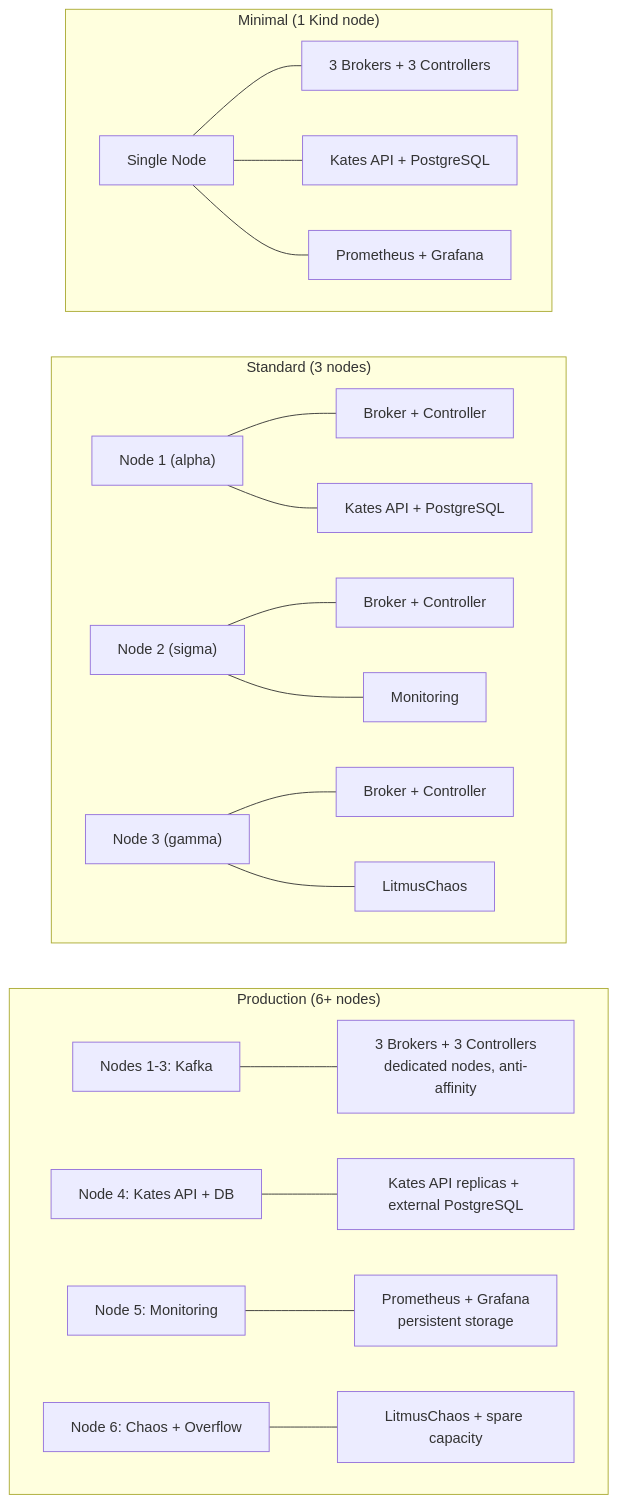
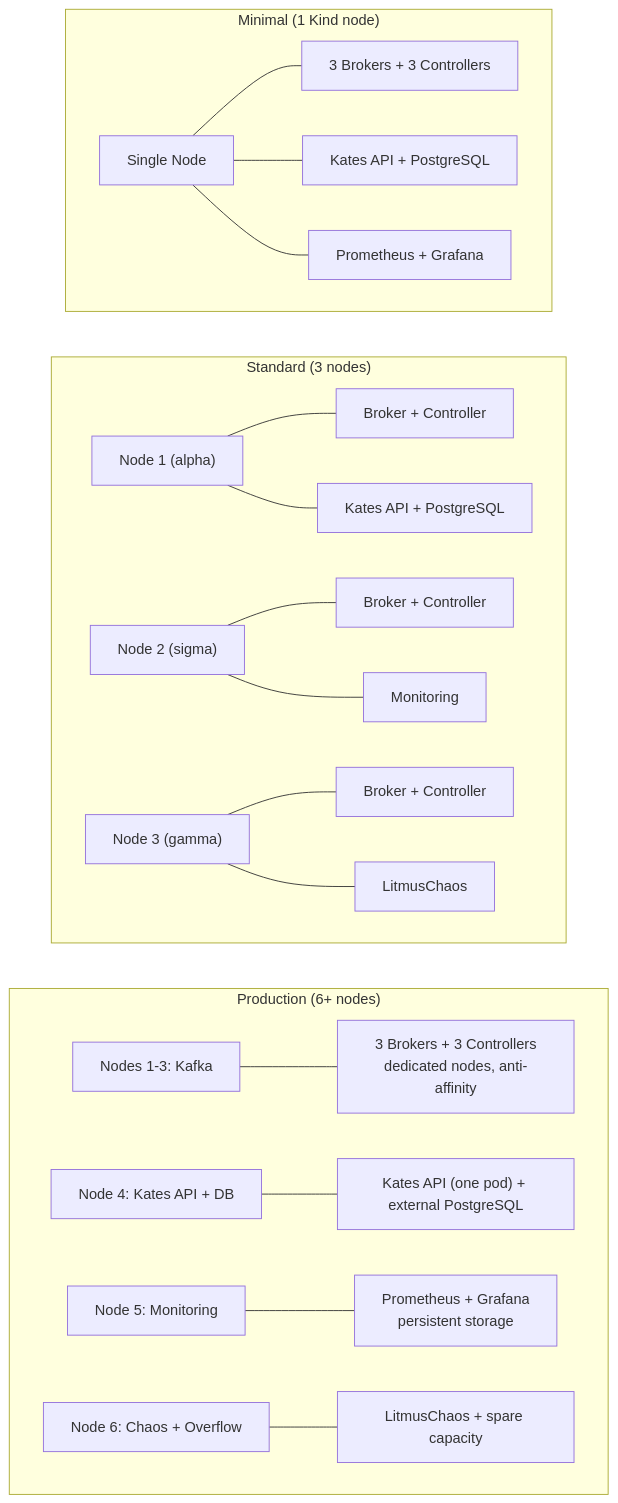
The first of 3 diagrams in docs/book/12-deployment.md (actions-marketplace-validations/bmscomp_kates), drawn with Mermaid before and after one commit. The commit also changed other lines of this file and 17 other files, not shown here.

First line of the commit message:
fix(chart): run one Kates pod, and read one Secret instead of every Secret (#287)

````diff
--- a/docs/book/12-deployment.md
+++ b/docs/book/12-deployment.md
@@ -86,37 +86,37 @@
 ```mermaid
 graph TB
     subgraph Minimal["Minimal (1 Kind node)"]
         direction LR
         MN1["Single Node"]
         MN1 --- MB["3 Brokers + 3 Controllers"]
         MN1 --- MK["Kates API + PostgreSQL"]
         MN1 --- MM["Prometheus + Grafana"]
     end
 
     subgraph Standard["Standard (3 nodes)"]
         direction LR
         SN1["Node 1 (alpha)"]
         SN2["Node 2 (sigma)"]
         SN3["Node 3 (gamma)"]
         SN1 --- SB1["Broker + Controller"]
         SN2 --- SB2["Broker + Controller"]
         SN3 --- SB3["Broker + Controller"]
         SN1 --- SK["Kates API + PostgreSQL"]
         SN2 --- SM["Monitoring"]
         SN3 --- SL["LitmusChaos"]
     end
 
     subgraph Production["Production (6+ nodes)"]
         direction LR
         PN1["Nodes 1-3: Kafka"]
         PN4["Node 4: Kates API + DB"]
         PN5["Node 5: Monitoring"]
         PN6["Node 6: Chaos + Overflow"]
         PN1 --- PB["3 Brokers + 3 Controllers<br/>dedicated nodes, anti-affinity"]
-        PN4 --- PK["Kates API replicas + external PostgreSQL"]
+        PN4 --- PK["Kates API (one pod) + external PostgreSQL"]
         PN5 --- PM["Prometheus + Grafana<br/>persistent storage"]
         PN6 --- PL["LitmusChaos + spare capacity"]
     end
 
     Minimal ~~~ Standard ~~~ Production
 ```
````
